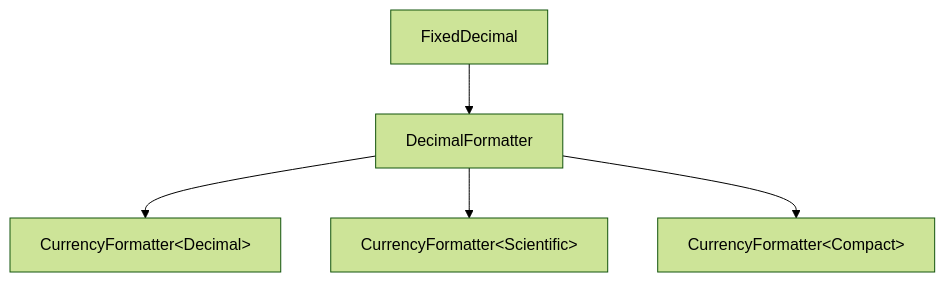
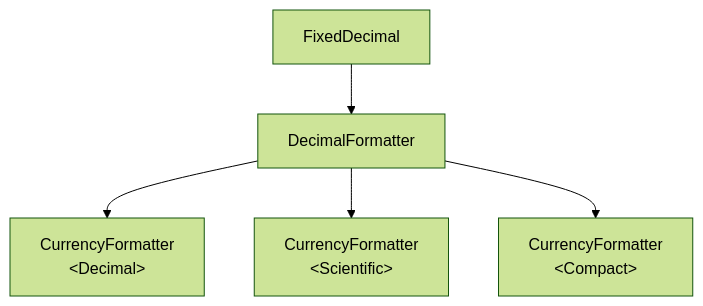
The first of 3 diagrams in icu4x/number_formatter.md (younies/design_docs), drawn with Mermaid (forest theme) before and after one commit. The commit also changed other lines of this file, not shown here.

````diff
--- a/icu4x/number_formatter.md
+++ b/icu4x/number_formatter.md
@@ -11,7 +11,7 @@
 ```mermaid
 graph TD
     FD[FixedDecimal] --> DF[DecimalFormatter]
-    DF --> CF["CurrencyFormatter&lt;Decimal&gt;"]
-    DF --> CSF["CurrencyFormatter&lt;Scientific&gt;"]
-    DF --> CCF["CurrencyFormatter&lt;Compact&gt;"]
+    DF --> CF["CurrencyFormatter<br/>&lt;Decimal&gt;"]
+    DF --> CSF["CurrencyFormatter<br/>&lt;Scientific&gt;"]
+    DF --> CCF["CurrencyFormatter<br/>&lt;Compact&gt;"]
 ```
````
